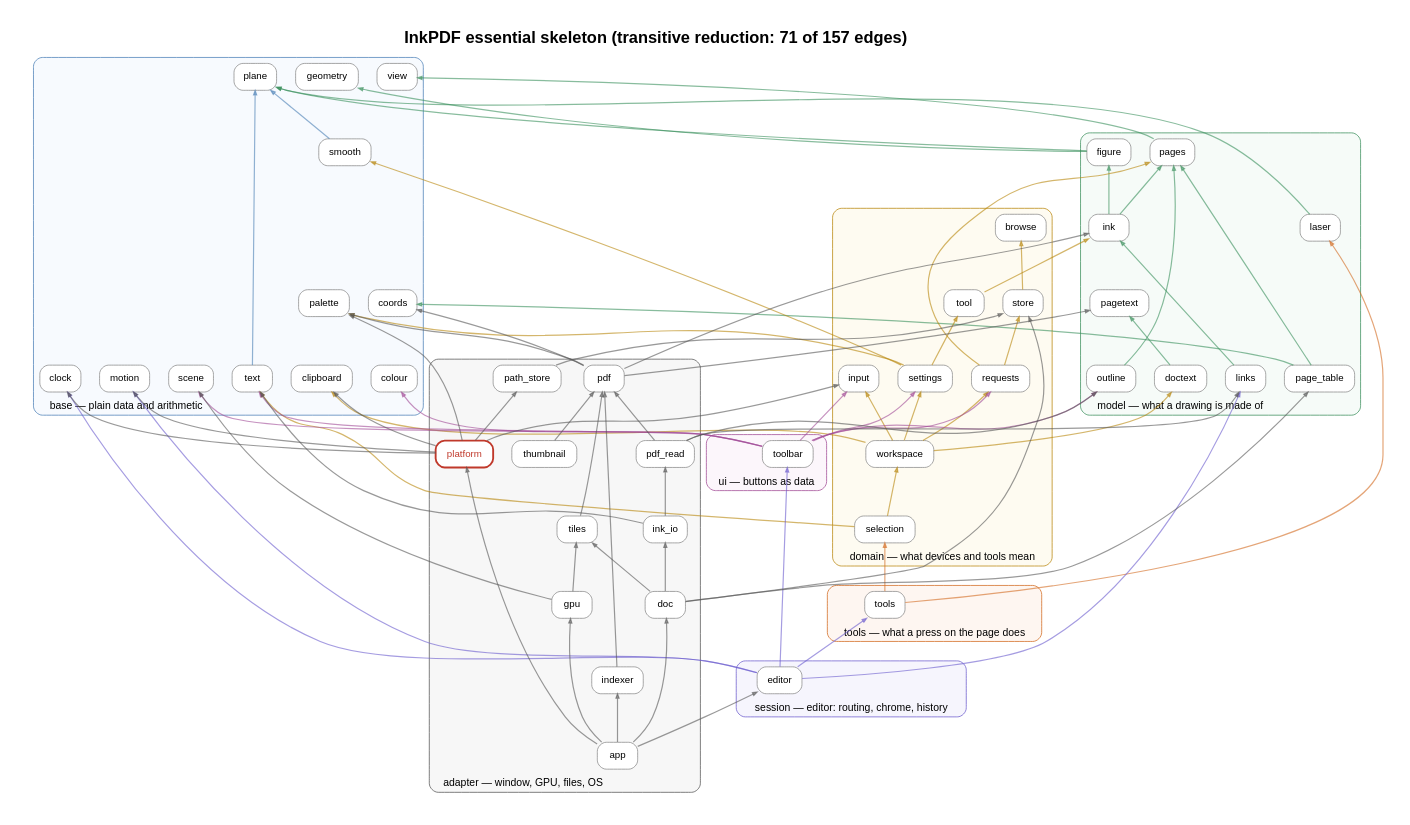
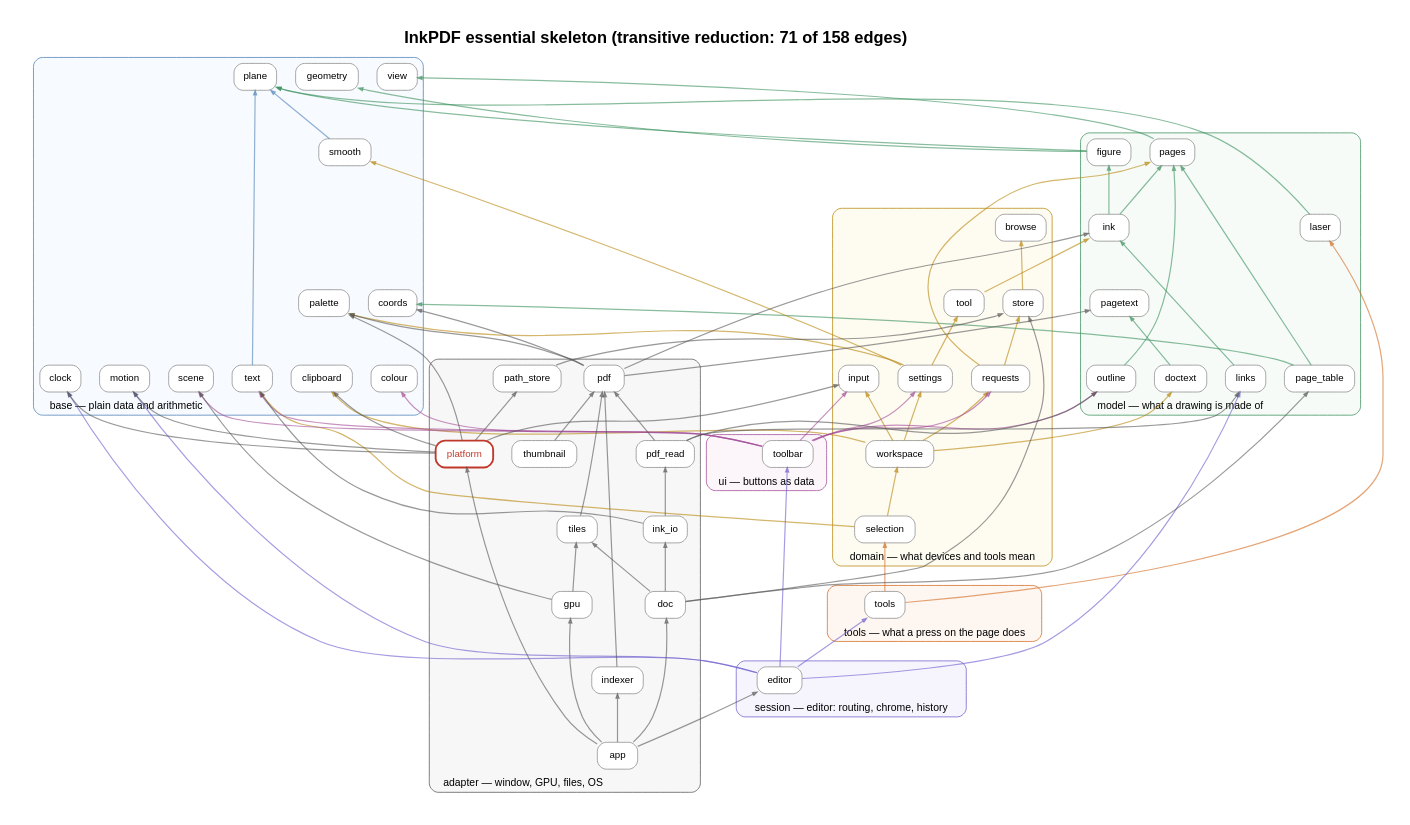
Before and after one commit to rajatmo/inkpdf: the diagram in docs/deps/skeleton.dot, drawn with Graphviz. The commit also changed 31 other files, not shown here.

```diff
--- a/docs/deps/skeleton.dot
+++ b/docs/deps/skeleton.dot
@@ -1,134 +1,134 @@
 digraph G {
 rankdir=BT; newrank=true; compound=true; splines=true; nodesep=0.35; ranksep=0.9; pad=0.4;
-label=<<b>InkPDF essential skeleton (transitive reduction: 71 of 157 edges)</b>>; labelloc=t; fontsize=22; fontname="Helvetica";
+label=<<b>InkPDF essential skeleton (transitive reduction: 71 of 158 edges)</b>>; labelloc=t; fontsize=22; fontname="Helvetica";
 node [shape=box, style="rounded,filled", fontname="Helvetica", fontsize=13, margin="0.14,0.07", color="#888888"];
 edge [arrowsize=0.6];
 subgraph cluster_Base { label="base — plain data and arithmetic"; labeljust=l; fontname="Helvetica"; fontsize=14; style="rounded,filled"; fillcolor="#e8f1fb55"; color="#4a7fb5";
   "clipboard" [fillcolor="white"];
   "clock" [fillcolor="white"];
   "colour" [fillcolor="white"];
   "coords" [fillcolor="white"];
   "geometry" [fillcolor="white"];
   "motion" [fillcolor="white"];
   "palette" [fillcolor="white"];
   "plane" [fillcolor="white"];
   "scene" [fillcolor="white"];
   "smooth" [fillcolor="white"];
   "text" [fillcolor="white"];
   "view" [fillcolor="white"];
 }
 subgraph cluster_Model { label="model — what a drawing is made of"; labeljust=l; fontname="Helvetica"; fontsize=14; style="rounded,filled"; fillcolor="#e3f4ea55"; color="#3a8f5c";
   "doctext" [fillcolor="white"];
   "figure" [fillcolor="white"];
   "ink" [fillcolor="white"];
   "laser" [fillcolor="white"];
   "links" [fillcolor="white"];
   "outline" [fillcolor="white"];
   "page_table" [fillcolor="white"];
   "pages" [fillcolor="white"];
   "pagetext" [fillcolor="white"];
 }
 subgraph cluster_Domain { label="domain — what devices and tools mean"; labeljust=l; fontname="Helvetica"; fontsize=14; style="rounded,filled"; fillcolor="#fdf3d655"; color="#b8860b";
   "browse" [fillcolor="white"];
   "input" [fillcolor="white"];
   "requests" [fillcolor="white"];
   "selection" [fillcolor="white"];
   "settings" [fillcolor="white"];
   "store" [fillcolor="white"];
   "tool" [fillcolor="white"];
   "workspace" [fillcolor="white"];
 }
 subgraph cluster_Ui { label="ui — buttons as data"; labeljust=l; fontname="Helvetica"; fontsize=14; style="rounded,filled"; fillcolor="#f6e4f355"; color="#a14a96";
   "toolbar" [fillcolor="white"];
 }
 subgraph cluster_Tools { label="tools — what a press on the page does"; labeljust=l; fontname="Helvetica"; fontsize=14; style="rounded,filled"; fillcolor="#fde5d455"; color="#d2691e";
   "tools" [fillcolor="white"];
 }
 subgraph cluster_Session { label="session — editor: routing, chrome, history"; labeljust=l; fontname="Helvetica"; fontsize=14; style="rounded,filled"; fillcolor="#e4e1f855"; color="#6a5acd";
   "editor" [fillcolor="white"];
 }
 subgraph cluster_Adapter { label="adapter — window, GPU, files, OS"; labeljust=l; fontname="Helvetica"; fontsize=14; style="rounded,filled"; fillcolor="#e6e6e655"; color="#555555";
   "app" [fillcolor="white"];
   "doc" [fillcolor="white"];
   "gpu" [fillcolor="white"];
   "indexer" [fillcolor="white"];
   "ink_io" [fillcolor="white"];
   "path_store" [fillcolor="white"];
   "pdf" [fillcolor="white"];
   "pdf_read" [fillcolor="white"];
   "platform" [fillcolor="white" penwidth=2.5 color="#c0392b" fontcolor="#c0392b"];
   "thumbnail" [fillcolor="white"];
   "tiles" [fillcolor="white"];
 }
 "app" -> "doc" [color="#55555599", penwidth=1.60, tooltip="3 uses"];
 "app" -> "editor" [color="#55555599", penwidth=1.60, tooltip="4 uses"];
 "app" -> "gpu" [color="#55555599", penwidth=1.60, tooltip="5 uses"];
 "app" -> "indexer" [color="#55555599", penwidth=1.60, tooltip="2 uses"];
 "app" -> "platform" [color="#55555599", penwidth=1.60, tooltip="1 uses"];
 "doc" -> "ink_io" [color="#55555599", penwidth=1.60, tooltip="1 uses"];
 "doc" -> "page_table" [color="#55555599", penwidth=1.60, tooltip="2 uses"];
 "doc" -> "store" [color="#55555599", penwidth=1.60, tooltip="1 uses"];
 "doc" -> "tiles" [color="#55555599", penwidth=1.60, tooltip="1 uses"];
 "doctext" -> "pagetext" [color="#3a8f5c99", penwidth=1.60, tooltip="1 uses"];
 "editor" -> "clock" [color="#6a5acd99", penwidth=1.60, tooltip="1 uses"];
 "editor" -> "links" [color="#6a5acd99", penwidth=1.60, tooltip="3 uses"];
 "editor" -> "motion" [color="#6a5acd99", penwidth=1.60, tooltip="3 uses"];
 "editor" -> "toolbar" [color="#6a5acd99", penwidth=1.60, tooltip="8 uses"];
 "editor" -> "tools" [color="#6a5acd99", penwidth=1.60, tooltip="7 uses"];
 "figure" -> "geometry" [color="#3a8f5c99", penwidth=1.60, tooltip="1 uses"];
 "figure" -> "plane" [color="#3a8f5c99", penwidth=1.60, tooltip="1 uses"];
 "gpu" -> "scene" [color="#55555599", penwidth=1.60, tooltip="1 uses"];
 "gpu" -> "tiles" [color="#55555599", penwidth=1.60, tooltip="2 uses"];
 "indexer" -> "pdf" [color="#55555599", penwidth=1.60, tooltip="1 uses"];
 "ink" -> "figure" [color="#3a8f5c99", penwidth=1.60, tooltip="3 uses"];
 "ink" -> "pages" [color="#3a8f5c99", penwidth=1.60, tooltip="1 uses"];
 "ink_io" -> "pdf_read" [color="#55555599", penwidth=1.60, tooltip="2 uses"];
 "ink_io" -> "text" [color="#55555599", penwidth=1.60, tooltip="2 uses"];
 "laser" -> "plane" [color="#3a8f5c99", penwidth=1.60, tooltip="1 uses"];
 "links" -> "ink" [color="#3a8f5c99", penwidth=1.60, tooltip="1 uses"];
 "outline" -> "pages" [color="#3a8f5c99", penwidth=1.60, tooltip="1 uses"];
 "page_table" -> "coords" [color="#3a8f5c99", penwidth=1.60, tooltip="1 uses"];
 "page_table" -> "pages" [color="#3a8f5c99", penwidth=1.60, tooltip="1 uses"];
 "pages" -> "view" [color="#3a8f5c99", penwidth=1.60, tooltip="1 uses"];
 "path_store" -> "store" [color="#55555599", penwidth=1.60, tooltip="1 uses"];
 "pdf" -> "coords" [color="#55555599", penwidth=1.60, tooltip="2 uses"];
 "pdf" -> "ink" [color="#55555599", penwidth=1.60, tooltip="2 uses"];
 "pdf" -> "pagetext" [color="#55555599", penwidth=1.60, tooltip="2 uses"];
 "pdf" -> "palette" [color="#55555599", penwidth=1.60, tooltip="2 uses"];
 "pdf_read" -> "links" [color="#55555599", penwidth=1.60, tooltip="1 uses"];
 "pdf_read" -> "outline" [color="#55555599", penwidth=1.60, tooltip="1 uses"];
 "pdf_read" -> "pdf" [color="#55555599", penwidth=1.60, tooltip="1 uses"];
 "platform" -> "clipboard" [color="#55555599", penwidth=1.60, tooltip="3 uses"];
 "platform" -> "clock" [color="#55555599", penwidth=1.60, tooltip="3 uses"];
 "platform" -> "input" [color="#55555599", penwidth=1.60, tooltip="13 uses"];
 "platform" -> "motion" [color="#55555599", penwidth=1.60, tooltip="8 uses"];
 "platform" -> "palette" [color="#55555599", penwidth=1.60, tooltip="11 uses"];
 "platform" -> "path_store" [color="#55555599", penwidth=1.60, tooltip="1 uses"];
 "requests" -> "pages" [color="#b8860b99", penwidth=1.60, tooltip="1 uses"];
 "requests" -> "store" [color="#b8860b99", penwidth=1.60, tooltip="1 uses"];
 "selection" -> "text" [color="#b8860b99", penwidth=1.60, tooltip="1 uses"];
 "selection" -> "workspace" [color="#b8860b99", penwidth=1.60, tooltip="1 uses"];
 "settings" -> "palette" [color="#b8860b99", penwidth=1.60, tooltip="1 uses"];
 "settings" -> "smooth" [color="#b8860b99", penwidth=1.60, tooltip="1 uses"];
 "settings" -> "tool" [color="#b8860b99", penwidth=1.60, tooltip="1 uses"];
 "smooth" -> "plane" [color="#4a7fb599", penwidth=1.60, tooltip="1 uses"];
 "store" -> "browse" [color="#b8860b99", penwidth=1.60, tooltip="1 uses"];
 "text" -> "plane" [color="#4a7fb599", penwidth=1.60, tooltip="3 uses"];
 "thumbnail" -> "pdf" [color="#55555599", penwidth=1.60, tooltip="1 uses"];
 "tiles" -> "pdf" [color="#55555599", penwidth=1.60, tooltip="1 uses"];
-"tool" -> "ink" [color="#b8860b99", penwidth=1.60, tooltip="1 uses"];
+"tool" -> "ink" [color="#b8860b99", penwidth=1.60, tooltip="4 uses"];
 "toolbar" -> "colour" [color="#a14a9699", penwidth=1.60, tooltip="1 uses"];
 "toolbar" -> "input" [color="#a14a9699", penwidth=1.60, tooltip="2 uses"];
 "toolbar" -> "outline" [color="#a14a9699", penwidth=1.60, tooltip="1 uses"];
 "toolbar" -> "requests" [color="#a14a9699", penwidth=1.60, tooltip="1 uses"];
 "toolbar" -> "scene" [color="#a14a9699", penwidth=1.60, tooltip="20 uses"];
 "toolbar" -> "settings" [color="#a14a9699", penwidth=1.60, tooltip="1 uses"];
 "toolbar" -> "text" [color="#a14a9699", penwidth=1.60, tooltip="2 uses"];
 "tools" -> "laser" [color="#d2691e99", penwidth=1.60, tooltip="1 uses"];
 "tools" -> "selection" [color="#d2691e99", penwidth=1.60, tooltip="1 uses"];
 "workspace" -> "clipboard" [color="#b8860b99", penwidth=1.60, tooltip="1 uses"];
 "workspace" -> "doctext" [color="#b8860b99", penwidth=1.60, tooltip="2 uses"];
 "workspace" -> "input" [color="#b8860b99", penwidth=1.60, tooltip="1 uses"];
 "workspace" -> "requests" [color="#b8860b99", penwidth=1.60, tooltip="1 uses"];
 "workspace" -> "settings" [color="#b8860b99", penwidth=1.60, tooltip="1 uses"];
 }
```
